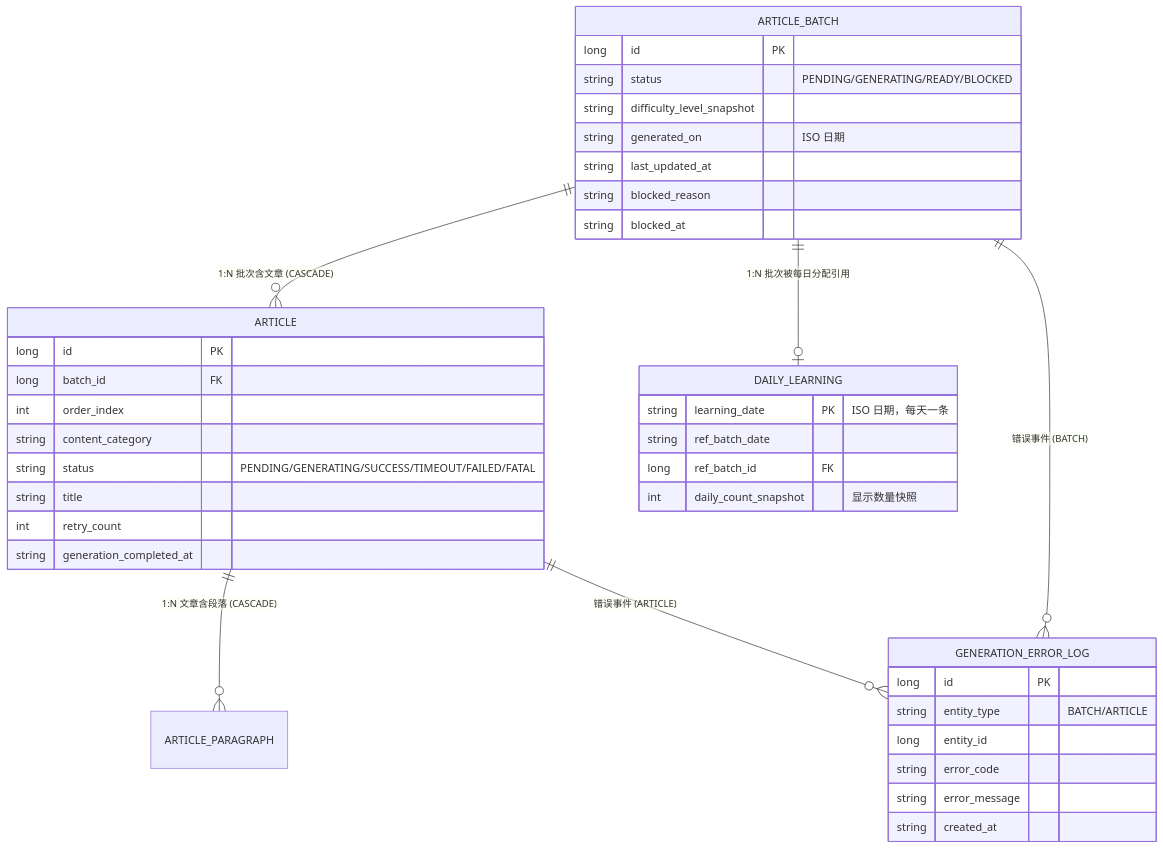
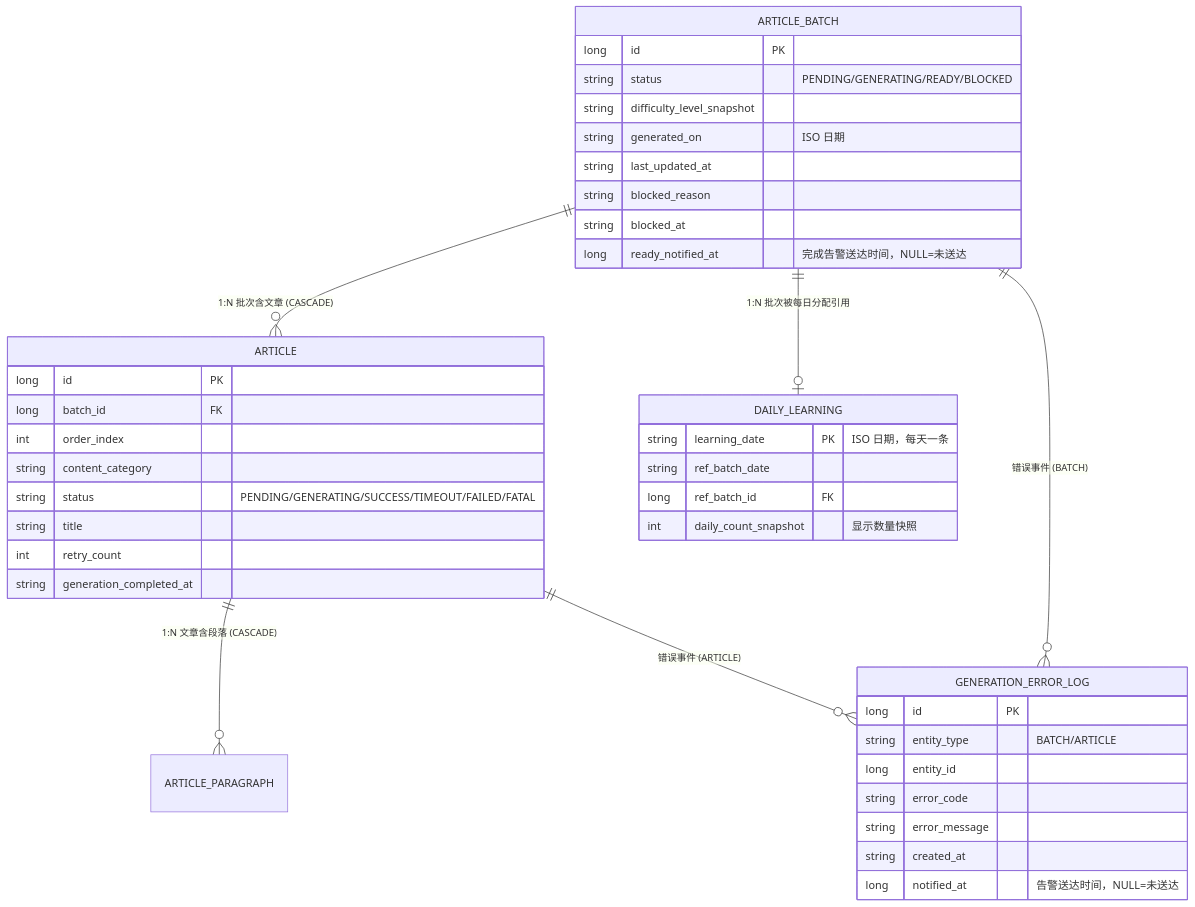
Before and after one commit to kindywu/contexta: the fifth of 5 diagrams in impl/app/android/app/docs/文章生成.md, drawn with Mermaid. The commit also changed other lines of this file and 15 other files, not shown here.

````diff
--- a/impl/app/android/app/docs/文章生成.md
+++ b/impl/app/android/app/docs/文章生成.md
@@ -244,41 +249,43 @@
 ```mermaid
 erDiagram
     ARTICLE_BATCH ||--o{ ARTICLE : "1:N 批次含文章 (CASCADE)"
     ARTICLE ||--o{ ARTICLE_PARAGRAPH : "1:N 文章含段落 (CASCADE)"
     ARTICLE_BATCH ||--o| DAILY_LEARNING : "1:N 批次被每日分配引用"
     ARTICLE_BATCH ||--o{ GENERATION_ERROR_LOG : "错误事件 (BATCH)"
     ARTICLE ||--o{ GENERATION_ERROR_LOG : "错误事件 (ARTICLE)"
     DAILY_LEARNING {
         string learning_date PK "ISO 日期，每天一条"
         string ref_batch_date
         long ref_batch_id FK
         int daily_count_snapshot "显示数量快照"
     }
     ARTICLE_BATCH {
         long id PK
         string status "PENDING/GENERATING/READY/BLOCKED"
         string difficulty_level_snapshot
         string generated_on "ISO 日期"
         string last_updated_at
         string blocked_reason
         string blocked_at
+        long ready_notified_at "完成告警送达时间，NULL=未送达"
     }
     ARTICLE {
         long id PK
         long batch_id FK
         int order_index
         string content_category
         string status "PENDING/GENERATING/SUCCESS/TIMEOUT/FAILED/FATAL"
         string title
         int retry_count
         string generation_completed_at
     }
     GENERATION_ERROR_LOG {
         long id PK
         string entity_type "BATCH/ARTICLE"
         long entity_id
         string error_code
         string error_message
         string created_at
+        long notified_at "告警送达时间，NULL=未送达"
     }
 ```
````
